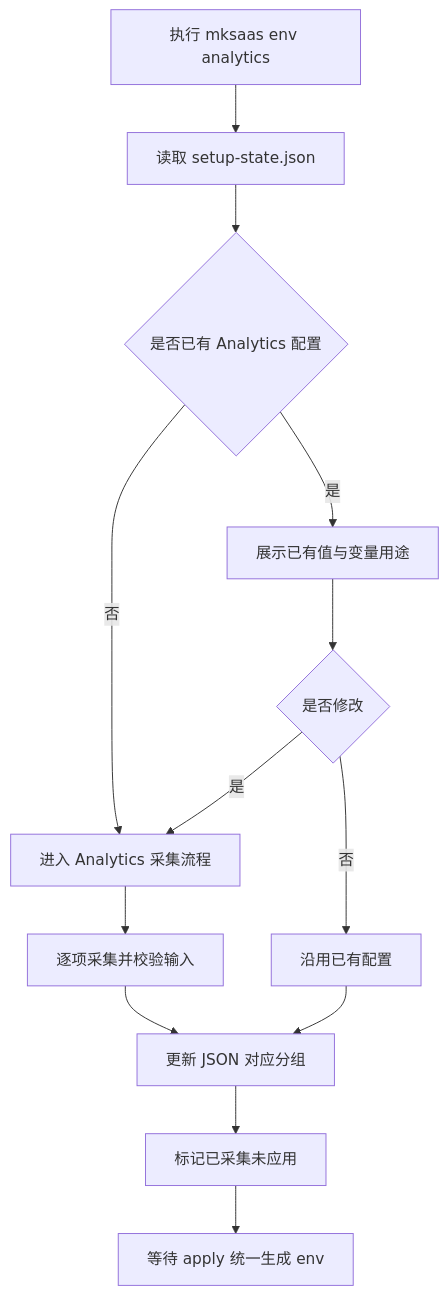
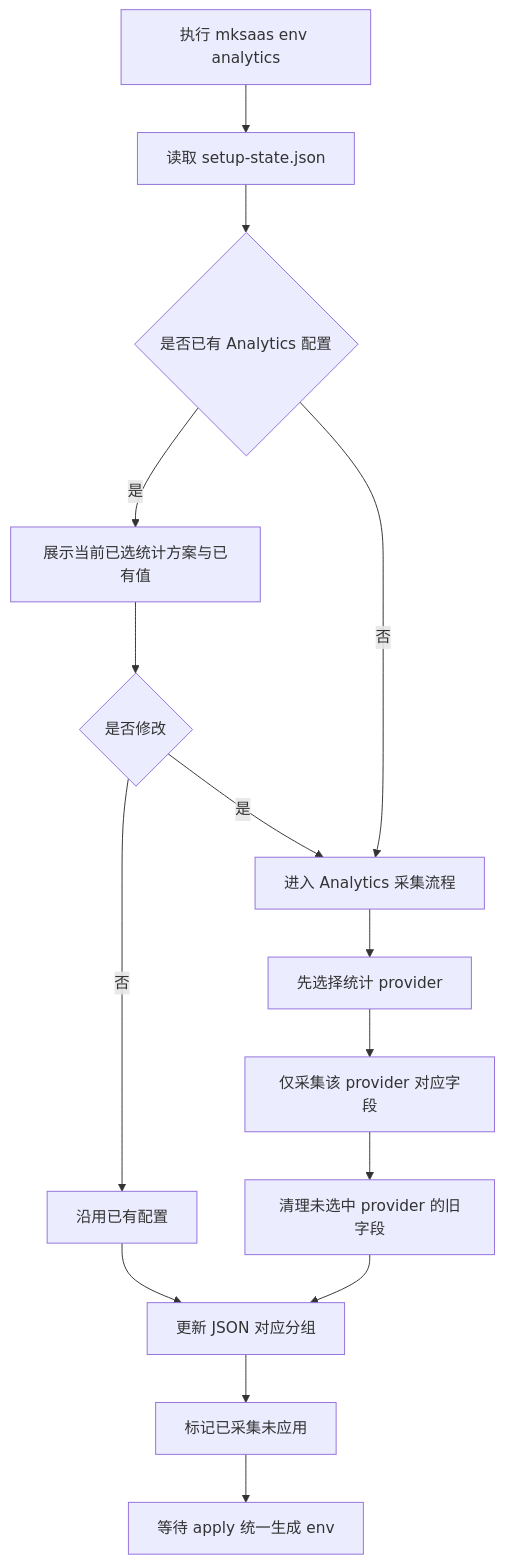
The first of 2 diagrams in docs/steps/03-env-groups/11-analytics.md (CaffeineOddity/mksaas_command), drawn with Mermaid before and after one commit. The commit also changed other lines of this file and 17 other files, not shown here.

First line of the commit message:
feat: apply 生成 .env 带分组注释与组间空行,移除 configurations 分组,analytics 引入 provider 引导

````diff
--- a/docs/steps/03-env-groups/11-analytics.md
+++ b/docs/steps/03-env-groups/11-analytics.md
@@ -64,15 +65,17 @@
 ```mermaid
 flowchart TD
     A[执行 mksaas env analytics] --> B[读取 setup-state.json]
     B --> C{是否已有 Analytics 配置}
-    C -->|是| D[展示已有值与变量用途]
+    C -->|是| D[展示当前已选统计方案与已有值]
     C -->|否| E[进入 Analytics 采集流程]
     D --> F{是否修改}
     F -->|否| G[沿用已有配置]
     F -->|是| E
-    E --> H[逐项采集并校验输入]
-    H --> I[更新 JSON 对应分组]
-    G --> I
-    I --> J[标记已采集未应用]
-    J --> K[等待 apply 统一生成 env]
+    E --> H[先选择统计 provider]
+    H --> I[仅采集该 provider 对应字段]
+    I --> J[清理未选中 provider 的旧字段]
+    G --> K[更新 JSON 对应分组]
+    J --> K
+    K --> L[标记已采集未应用]
+    L --> M[等待 apply 统一生成 env]
 ```
````
